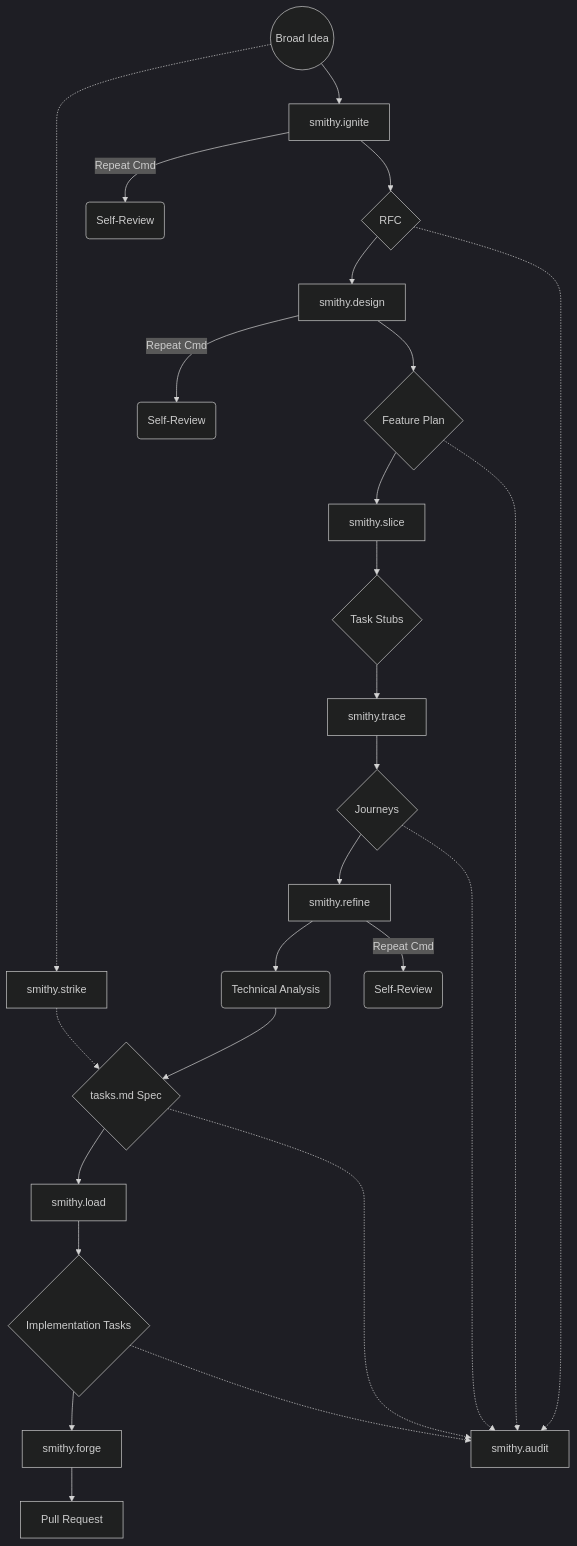
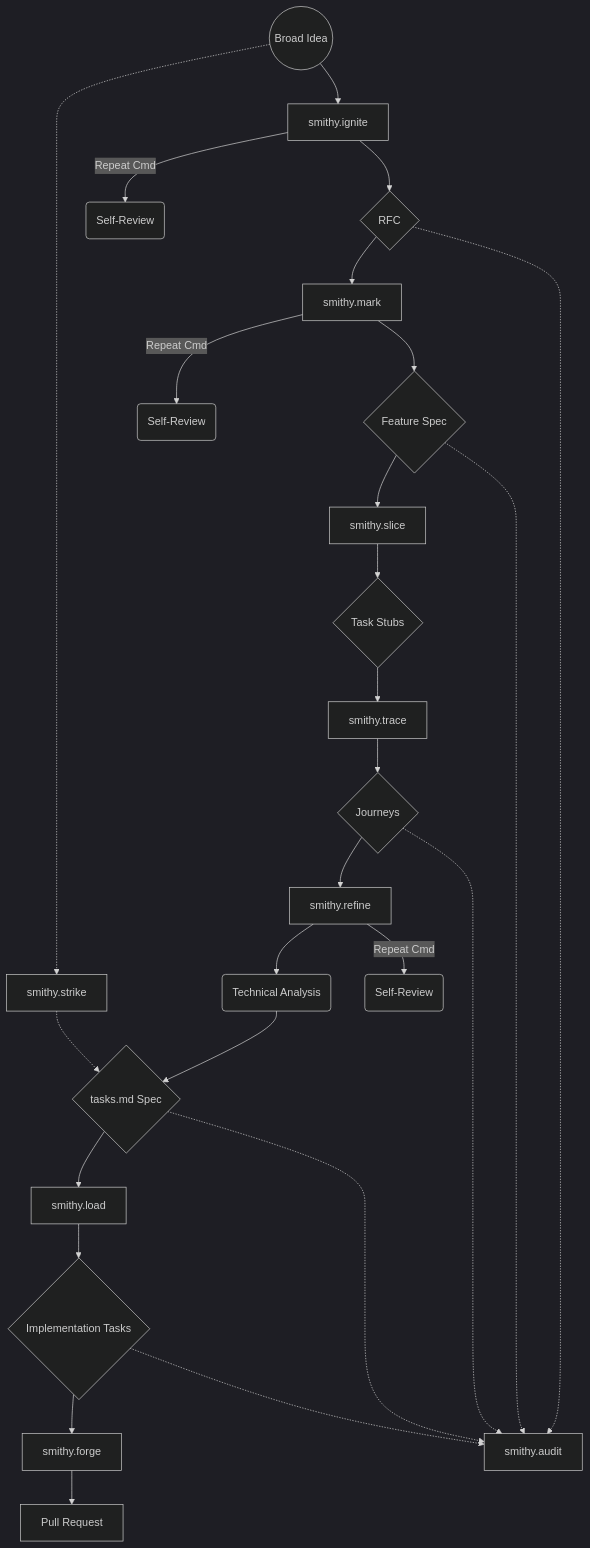
The diagram in README.md (Balexda/SmithyCLI), drawn with Mermaid (dark theme) before and after one commit. The commit also changed other lines of this file and 3 other files, not shown here.

First line of the commit message:
Remove legacy smithy.design and update references to smithy.mark (#24)

````diff
--- a/README.md
+++ b/README.md
@@ -47,45 +47,45 @@
 ```mermaid
 graph TD
     %% Ideation
     Idea((Broad Idea)) --> Ignite[smithy.ignite]
     Ignite --> RFC{RFC}
     
     %% Planning
-    RFC --> Design[smithy.design]
-    Design --> Plan{Feature Plan}
+    RFC --> Mark[smithy.mark]
+    Mark --> Plan{Feature Spec}
     
     %% Breakdown
     Plan --> Slice[smithy.slice]
     Slice --> Stubs{Task Stubs}
     
     %% Experience
     Stubs --> Trace[smithy.trace]
     Trace --> Journeys{Journeys}
     
     %% Technical Spec
     Journeys --> Refine[smithy.refine]
     Refine --> Analyze(Technical Analysis)
     Analyze --> Spec{tasks.md Spec}
     
     %% Queue & Forge
     Spec --> Load[smithy.load]
     Load --> Tasks{Implementation Tasks}
     Tasks --> Forge[smithy.forge]
     Forge --> PR[Pull Request]
     
     %% Fast Track
     Idea -.-> Strike[smithy.strike]
     Strike -.-> Spec
     
     %% Review Loops
     Ignite -- "Repeat Cmd" --> IgniteReview(Self-Review)
-    Design -- "Repeat Cmd" --> DesignReview(Self-Review)
+    Mark -- "Repeat Cmd" --> MarkReview(Self-Review)
     Refine -- "Repeat Cmd" --> RefineReview(Self-Review)
     
     %% Universal Auditor
     RFC -.-> Audit[smithy.audit]
     Plan -.-> Audit
     Journeys -.-> Audit
     Spec -.-> Audit
     Tasks -.-> Audit
 ```
````
